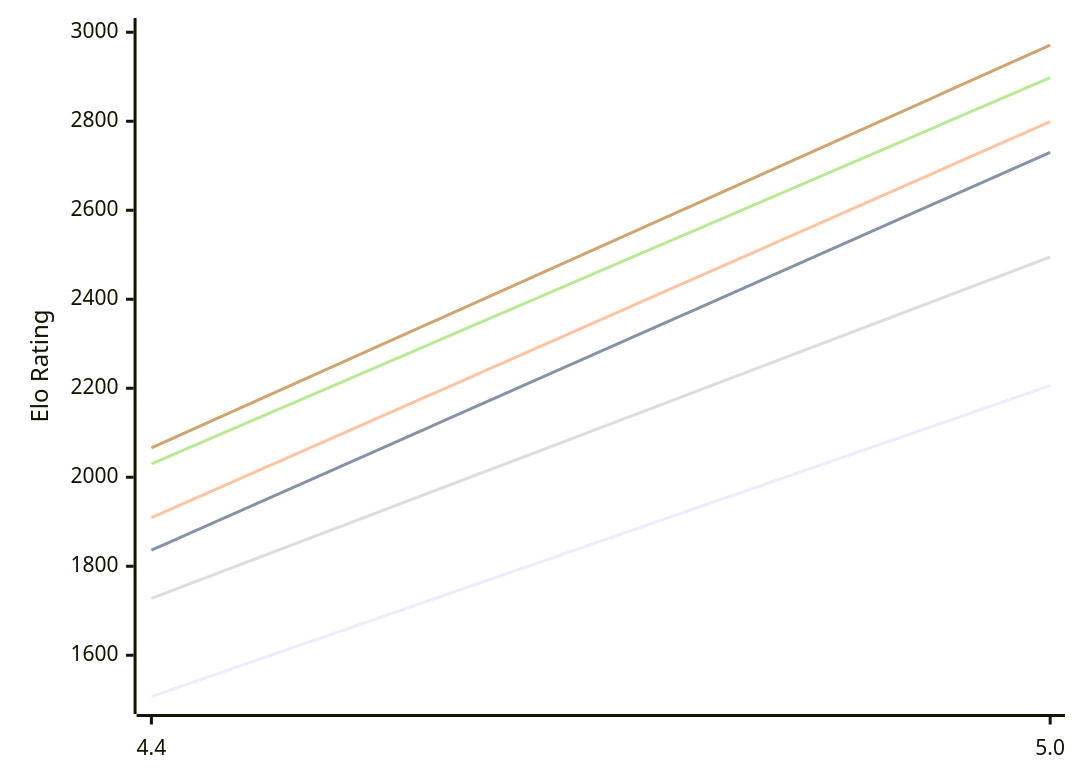
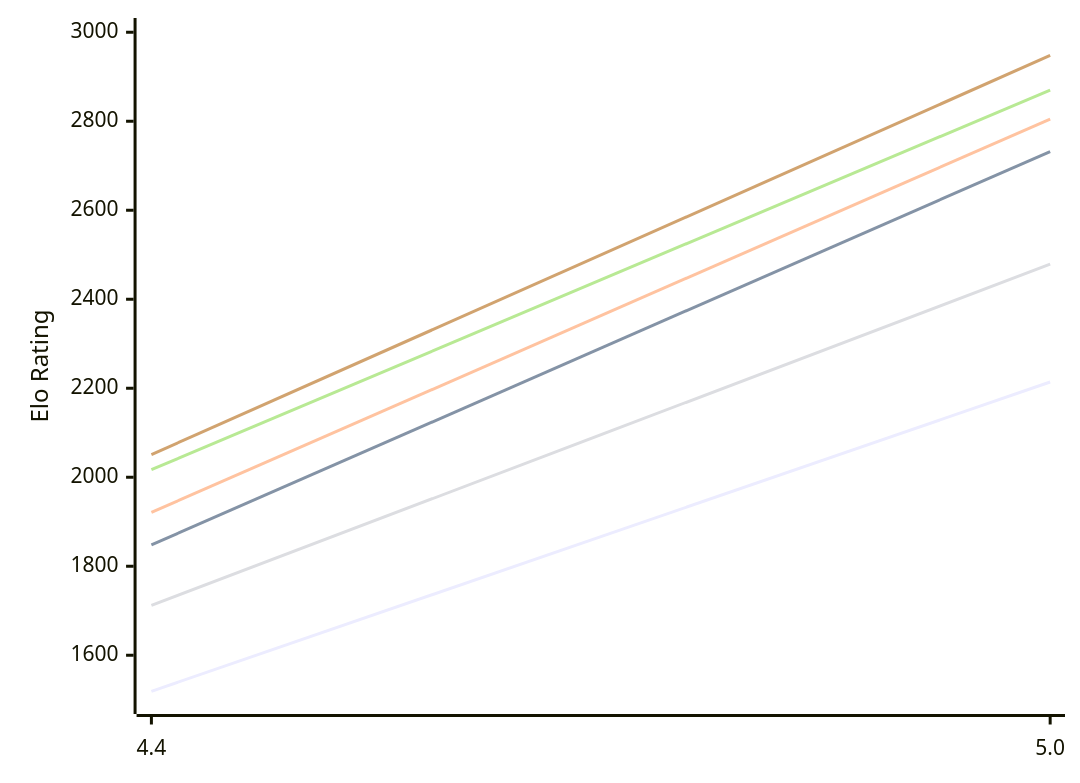
Before and after one commit to computer-chess-index/cci: the first of 2 diagrams in engines/Radiance.md, drawn with Mermaid. The commit also changed other lines of this file, not shown here.

Commit message:
Update CCI Ratings (ELO VLTC) - 2026-10-18

````diff
--- a/engines/Radiance.md
+++ b/engines/Radiance.md
@@ -51,12 +51,12 @@
 ```mermaid
 %%{init: {"theme":"base","themeVariables":{"seriesColors:['#a3a3a3','#222221','#faa371']}}}%%
 xychart-beta
   x-axis ["4.4", "5.0"]
   y-axis "Elo Rating" 1500 --> 3000
-  line "E1: STC (8.0+0.08s)" [1507, 2206]
-  line "E1: LTC (60.0+0.60s)" [1836, 2730]
-  line "E1: VLTC (2m24s+1.12s)" [1909, 2799]
-  line "P1: STC (8.0+0.08s)" [1728, 2495]
-  line "P1: LTC (60.0+0.60s)" [2030, 2898]
-  line "P1: VLTC (2m24s+1.12s)" [2066, 2971]
+  line "E1: STC (8.0+0.08s)" [1519, 2214]
+  line "E1: LTC (60.0+0.60s)" [1848, 2732]
+  line "E1: VLTC (2m24s+1.12s)" [1921, 2805]
+  line "P1: STC (8.0+0.08s)" [1712, 2479]
+  line "P1: LTC (60.0+0.60s)" [2017, 2870]
+  line "P1: VLTC (2m24s+1.12s)" [2051, 2948]
 ```
````
